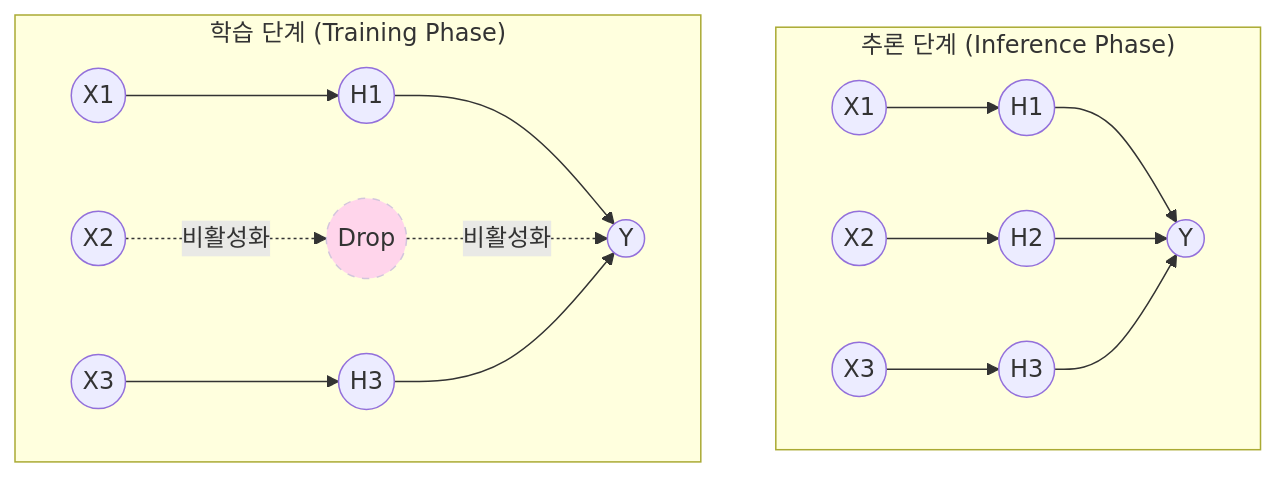
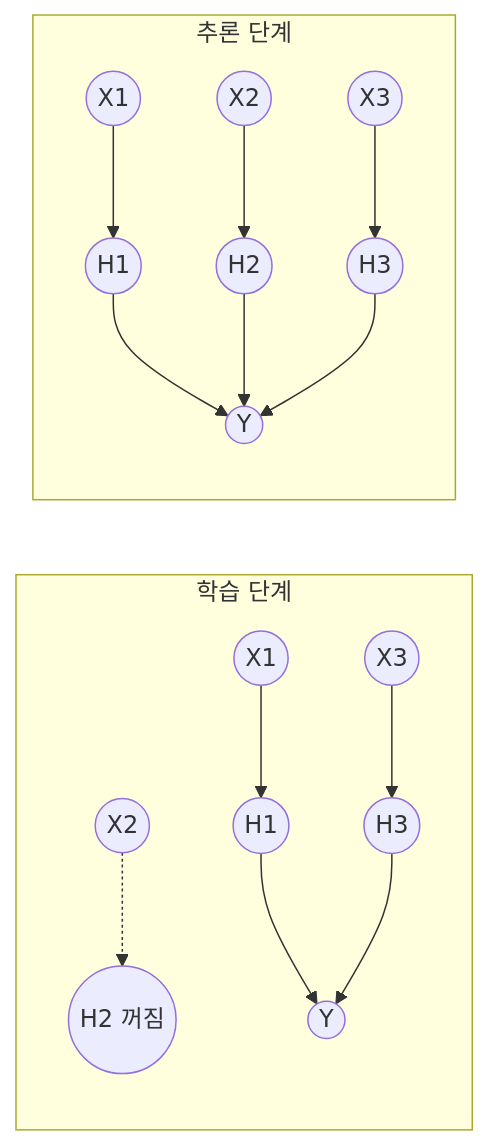
Before and after one commit to supremethumb/supremethumb.github.io: the diagram in content/01_IT Tech/Dropout.md, drawn with Mermaid. The commit also changed other lines of this file and 1087 other files, not shown here.

````diff
--- a/content/01_IT Tech/Dropout.md
+++ b/content/01_IT Tech/Dropout.md
@@ -27,29 +34,16 @@
 ```mermaid
 flowchart LR
-    subgraph Training ["학습 단계 (Training Phase)"]
-        direction LR
+    subgraph TR["학습 단계"]
         X1((X1)) --> H1((H1))
-        X2((X2)) -. "비활성화" .-> H2((Drop))
+        X2((X2)) -.-> H2((H2 꺼짐))
         X3((X3)) --> H3((H3))
-        
         H1 --> Y((Y))
-        H2 -. "비활성화" .-> Y
         H3 --> Y
-        
-        style H2 fill:#f9f,stroke-dasharray: 5 5,opacity:0.4
     end
-
-    subgraph Inference ["추론 단계 (Inference Phase)"]
-        direction LR
+    subgraph IN["추론 단계"]
         x1((X1)) --> h1((H1))
         x2((X2)) --> h2((H2))
         x3((X3)) --> h3((H3))
-        
-        h1 --> y((Y))
-        h2 --> y
-        h3 --> y
+        h1 & h2 & h3 --> y((Y))
     end
-    
-    Training ~~~ Inference
-
 ```
````
